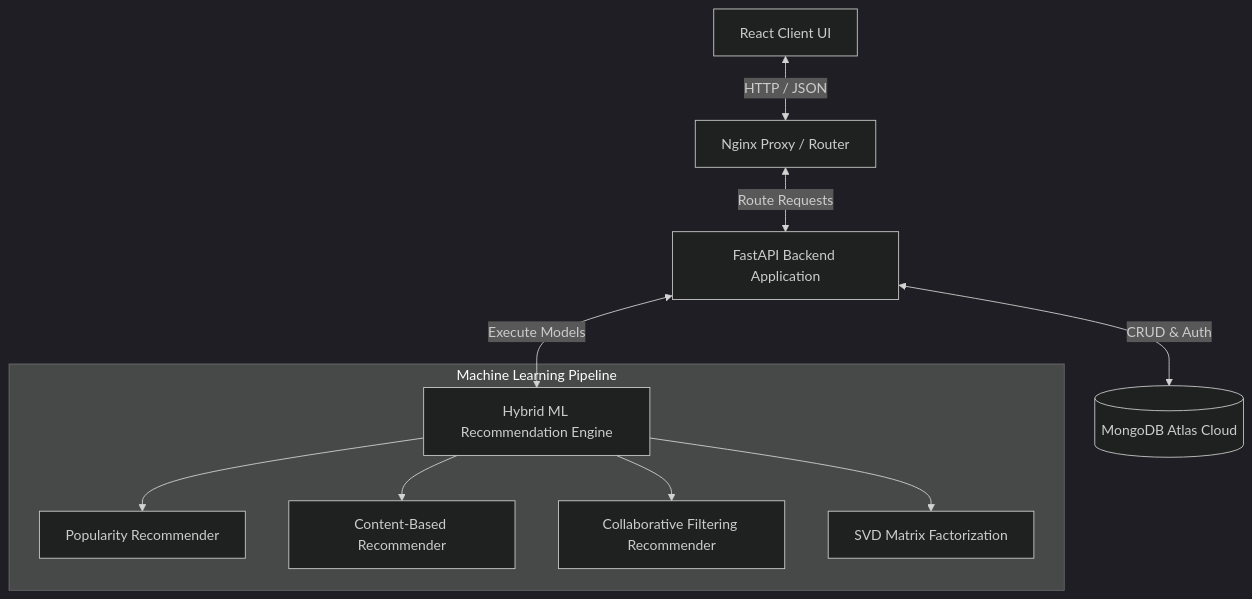
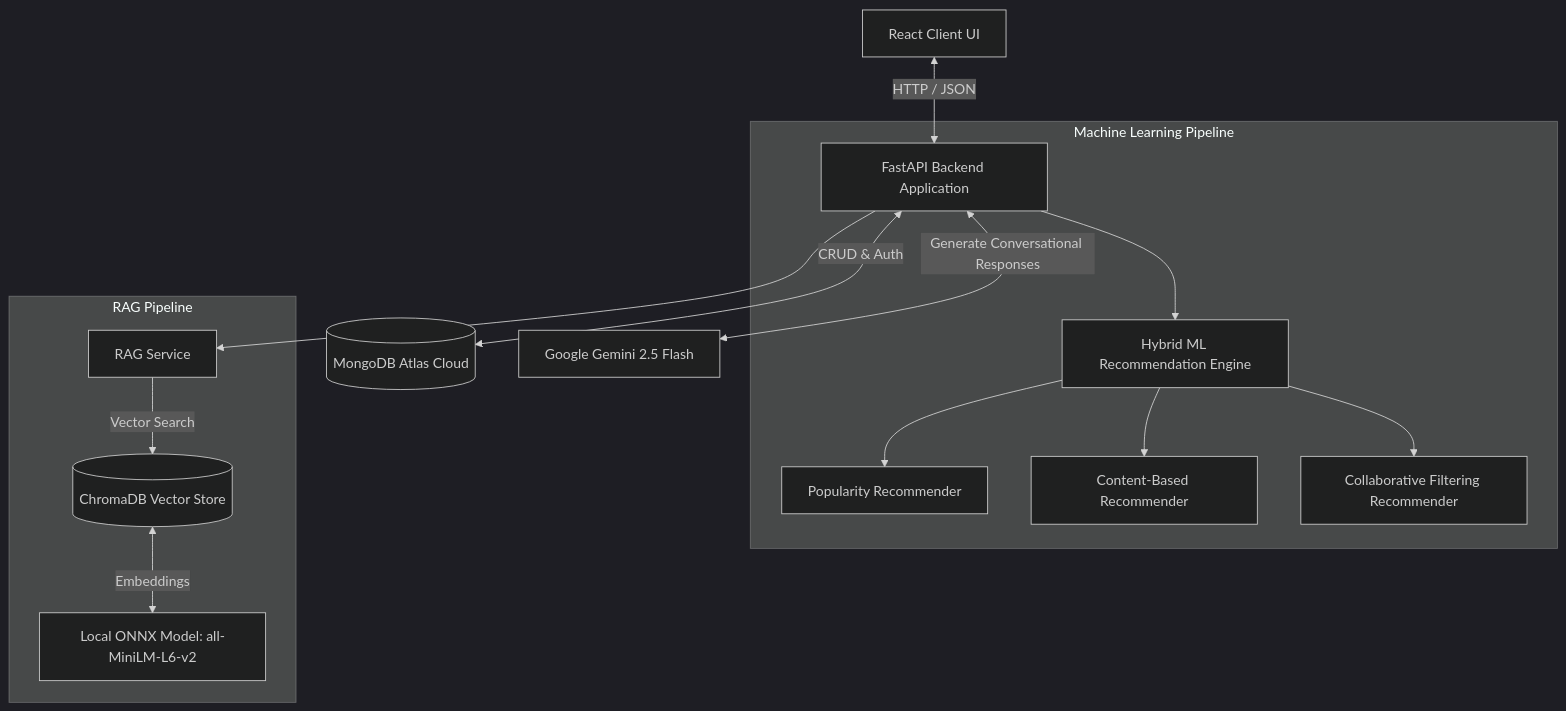
Before and after one commit to BharathReddyRamasani/Smart-Product-Recommendation-Analytics-System: the diagram in README.md, drawn with Mermaid (dark theme). The commit also changed other lines of this file, not shown here.

Commit message:
docs: update README with Hugging Face deployment and AI Chat Assistant architecture

````diff
--- a/README.md
+++ b/README.md
@@ -39,14 +39,19 @@
 ```mermaid
 graph TD
-    A[React Client UI] <-->|HTTP / JSON| B[Nginx Proxy / Router]
-    B <-->|Route Requests| C[FastAPI Backend Application]
+    A[React Client UI] <-->|HTTP / JSON| C[FastAPI Backend Application]
     C <-->|CRUD & Auth| D[(MongoDB Atlas Cloud)]
-    C <-->|Execute Models| E[Hybrid ML Recommendation Engine]
+    C <-->|Generate Conversational Responses| LLM[Google Gemini 2.5 Flash]
     
     subgraph Machine Learning Pipeline
+    C --> E[Hybrid ML Recommendation Engine]
     E --> F[Popularity Recommender]
     E --> G[Content-Based Recommender]
     E --> H[Collaborative Filtering Recommender]
-    E --> I[SVD Matrix Factorization]
+    end
+    
+    subgraph RAG Pipeline
+    C --> RAG[RAG Service]
+    RAG -->|Vector Search| VDB[(ChromaDB Vector Store)]
+    VDB <-->|Embeddings| ONNX[Local ONNX Model: all-MiniLM-L6-v2]
     end
 ```
````
